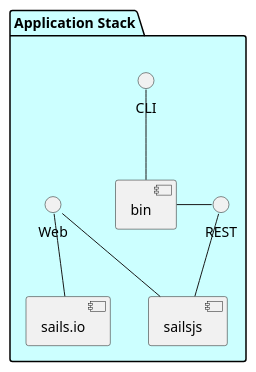
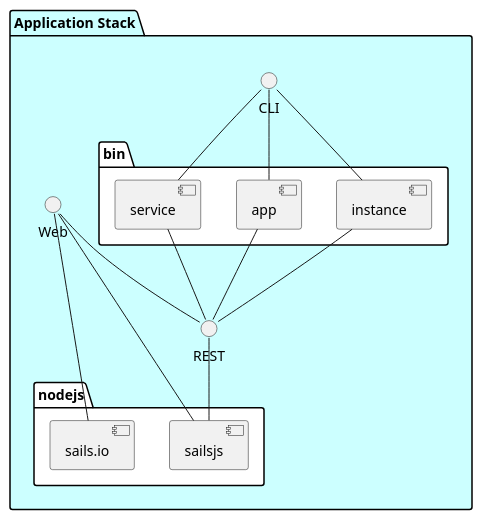
One commit to CAADE/fleet changed the diagram in docs/Solution/Application-Stack/Physical.puml. Above: the diagram before and after it, drawn with PlantUML. The commit also changed 14 other files, not shown here.

```diff
--- a/docs/Solution/Application-Stack/Physical.puml
+++ b/docs/Solution/Application-Stack/Physical.puml
@@ -1,18 +1,29 @@
 @startuml
 
 
 package "Application Stack" #ccffff {
     interface CLI
     interface Web
     interface REST
-    component sailsjs
-    component sails.io
-    component bin
+    folder nodejs #ffffff {
+        component sailsjs
+        component sails.io
+    }
+    folder bin #ffffff {
+      component app
+      component service
+      component instance
+    }
 }
-CLI -- bin
+CLI -- app
+CLI -- service
+CLI -- instance
+app -- REST
+service -- REST
+instance -- REST
 Web -- sailsjs
+Web -- REST
 REST -- sailsjs
-bin - REST
 
 Web -- sails.io
 @enduml
```
